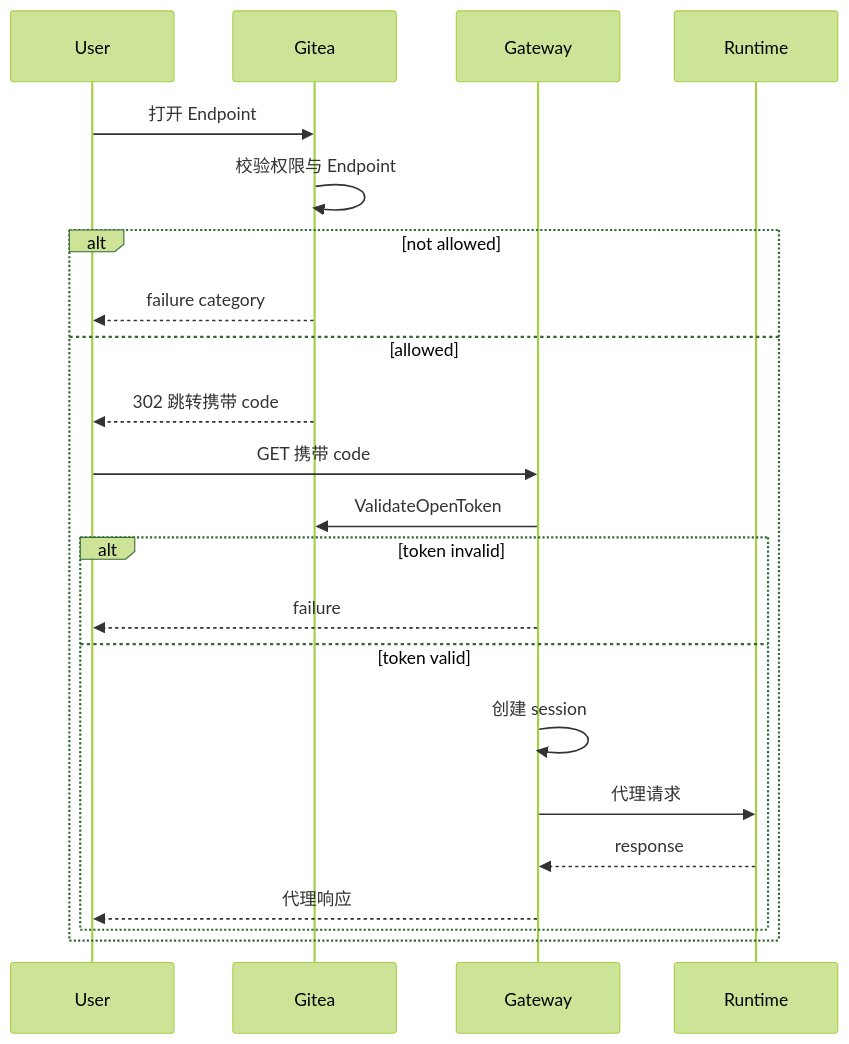
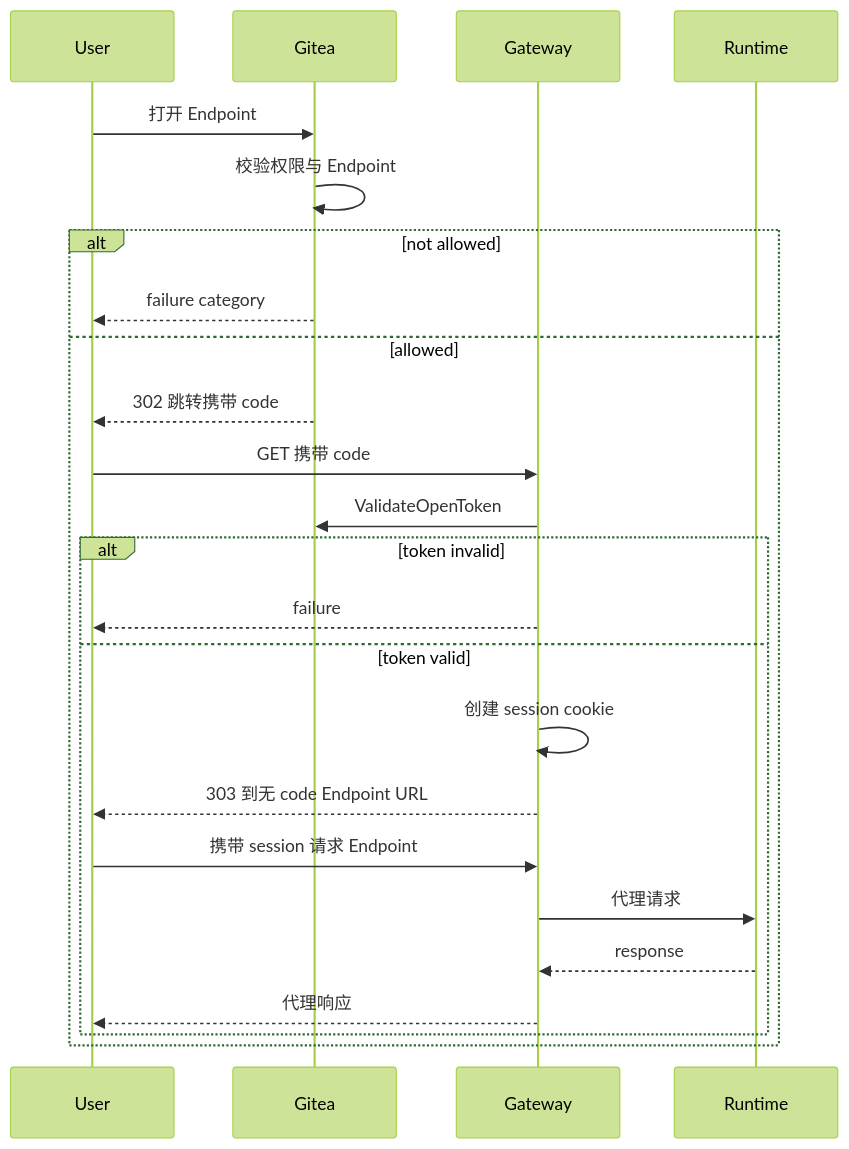
Before and after one commit to ExplodingDragon/gitea-dev: the second of 3 diagrams in src/manager-gateway.md, drawn with Mermaid (forest theme). The commit also changed other lines of this file and 9 other files, not shown here.

````diff
--- a/src/manager-gateway.md
+++ b/src/manager-gateway.md
@@ -474,25 +609,27 @@
 ```mermaid
 sequenceDiagram
     participant U as User
     participant G as Gitea
     participant W as Gateway
     participant R as Runtime
 
     U->>G: 打开 Endpoint
     G->>G: 校验权限与 Endpoint
     alt not allowed
         G-->>U: failure category
     else allowed
         G-->>U: 302 跳转携带 code
         U->>W: GET 携带 code
         W->>G: ValidateOpenToken
         alt token invalid
             W-->>U: failure
         else token valid
-            W->>W: 创建 session
+            W->>W: 创建 session cookie
+            W-->>U: 303 到无 code Endpoint URL
+            U->>W: 携带 session 请求 Endpoint
             W->>R: 代理请求
             R-->>W: response
             W-->>U: 代理响应
         end
     end
 ```
````
